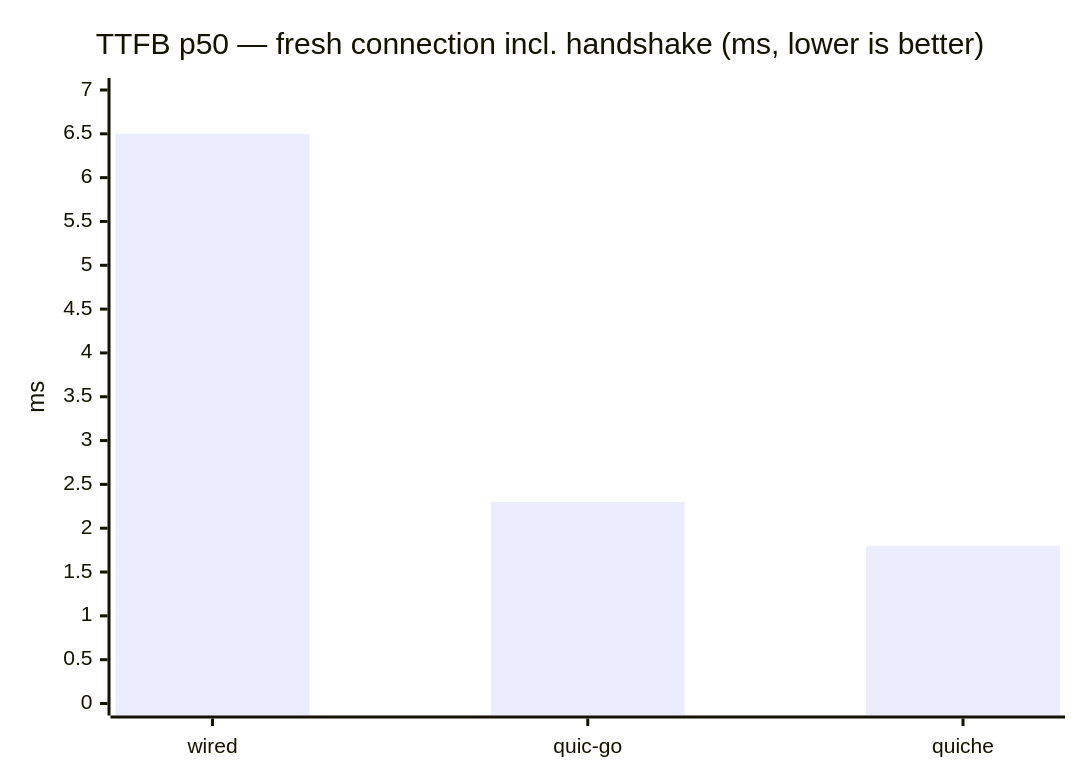
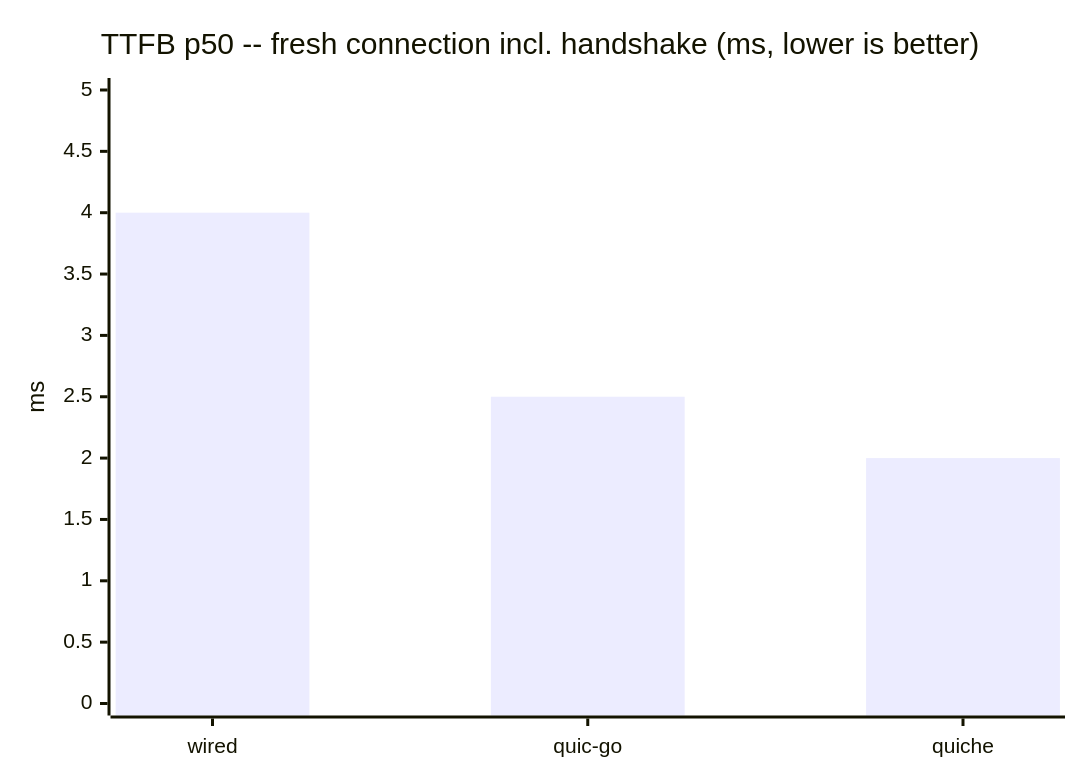
One commit to Hakkadaikon/wired changed the third of 4 diagrams in docs/comparison.md. Above: the diagram before and after it, drawn with Mermaid. The commit also changed other lines of this file, not shown here.

First line of the commit message:
docs(comparison): rewrite with fresh measurements at current HEAD

````diff
--- a/docs/comparison.md
+++ b/docs/comparison.md
@@ -115,7 +117,7 @@
 ```mermaid
 xychart-beta
-    title "TTFB p50 — fresh connection incl. handshake (ms, lower is better)"
+    title "TTFB p50 -- fresh connection incl. handshake (ms, lower is better)"
     x-axis ["wired", "quic-go", "quiche"]
-    y-axis "ms" 0 --> 7
-    bar [6.5, 2.3, 1.8]
+    y-axis "ms" 0 --> 5
+    bar [4.0, 2.5, 2.0]
 ```
````
